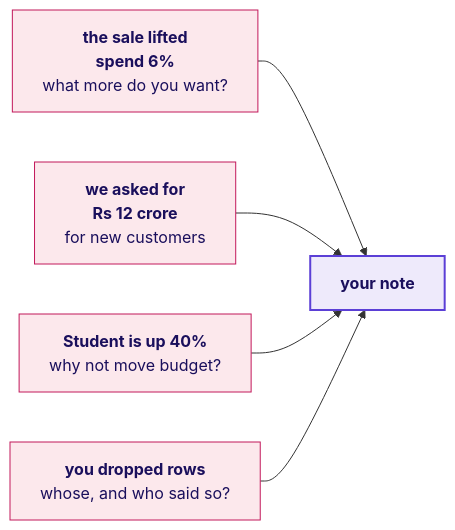
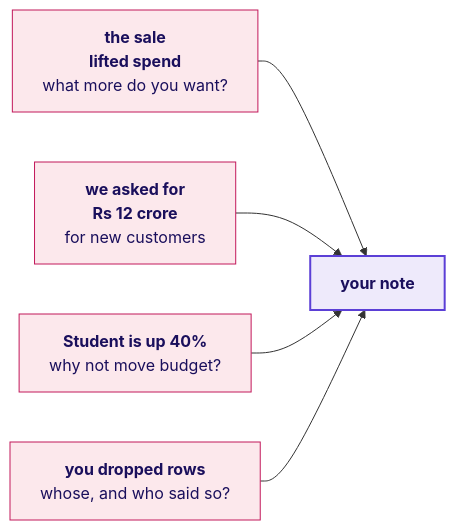
One commit to fde-academy-lab/c2-content-factory changed the first of 6 diagrams in content/W01/D5/slides/C2_W01_D05_rehearsal_STUDENT.md. Above: the diagram before and after it, drawn with Mermaid. The commit also changed other lines of this file and 4 other files, not shown here.

````diff
--- a/content/W01/D5/slides/C2_W01_D05_rehearsal_STUDENT.md
+++ b/content/W01/D5/slides/C2_W01_D05_rehearsal_STUDENT.md
@@ -105,11 +105,11 @@
 ```mermaid
 flowchart LR
-    A["<b>the sale lifted</b><br/><b>spend 6%</b><br/>what more do you want?"] --> N["<b>your note</b>"]
+    A["<b>the sale</b><br/><b>lifted spend</b><br/>what more do you want?"] --> N["<b>your note</b>"]
     B["<b>we asked for</b><br/><b>Rs 12 crore</b><br/>for new customers"] --> N
     C["<b>Student is up 40%</b><br/>why not move budget?"] --> N
     D["<b>you dropped rows</b><br/>whose, and who said so?"] --> N
     classDef bad fill:#FCE8EC,stroke:#C2185B,color:#1A0F5C
     classDef known fill:#EEEAFB,stroke:#5B3FD6,color:#1A0F5C,stroke-width:2px
     class A,B,C,D bad
     class N known
 ```
````
